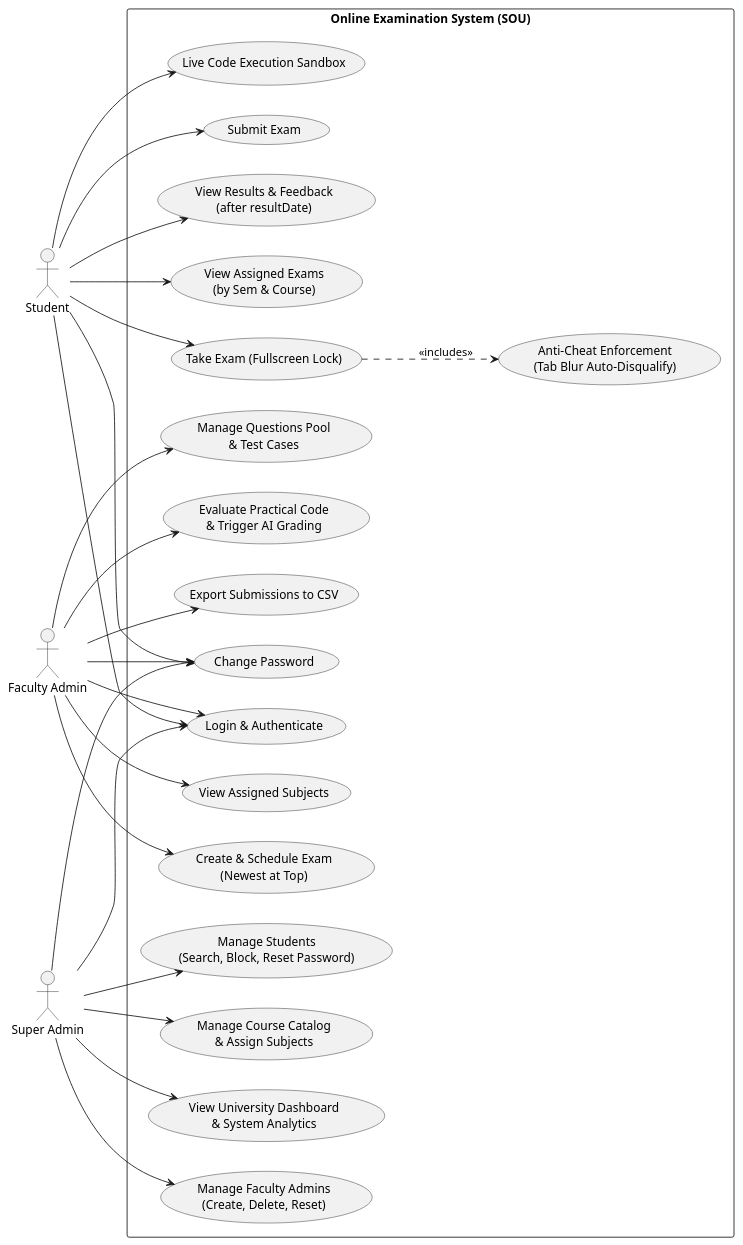
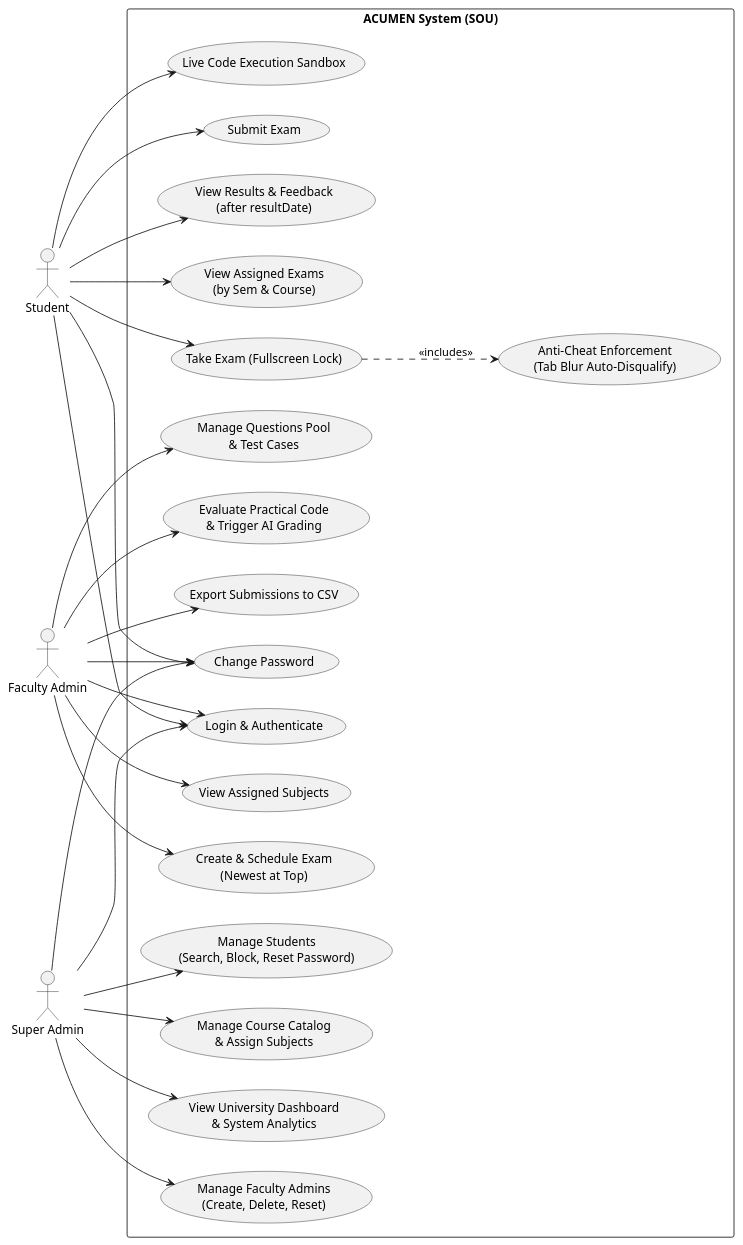
The fourth of 4 diagrams in docs/diagrams_drawio.md (hetpatel2004/Online_examination_SOU), drawn with PlantUML before and after one commit. The commit also changed other lines of this file and 4 other files, not shown here.

Commit message:
docs: finalize ACUMEN branding across all drawio diagrams, documentation manual, and notification test templates

````diff
--- a/docs/diagrams_drawio.md
+++ b/docs/diagrams_drawio.md
@@ -316,65 +318,65 @@
 ```plantuml
 @startuml
 left to right direction
 skinparam packageStyle rectangle
 
 actor "Student" as student
 actor "Faculty Admin" as admin
 actor "Super Admin" as superadmin
 
-rectangle "Online Examination System (SOU)" {
+rectangle "ACUMEN System (SOU)" {
   ' Common
   usecase "Login & Authenticate" as UC_Login
   usecase "Change Password" as UC_CP
 
   ' Student Use Cases
   usecase "View Assigned Exams\n(by Sem & Course)" as UC_S_ViewExams
   usecase "Take Exam (Fullscreen Lock)" as UC_S_TakeExam
   usecase "Live Code Execution Sandbox" as UC_S_RunCode
   usecase "Submit Exam" as UC_S_Submit
   usecase "Anti-Cheat Enforcement\n(Tab Blur Auto-Disqualify)" as UC_S_AntiCheat
   usecase "View Results & Feedback\n(after resultDate)" as UC_S_ViewResults
 
   ' Faculty Admin Use Cases
   usecase "View Assigned Subjects" as UC_A_Subjects
   usecase "Create & Schedule Exam\n(Newest at Top)" as UC_A_CreateExam
   usecase "Manage Questions Pool\n& Test Cases" as UC_A_Questions
   usecase "Evaluate Practical Code\n& Trigger AI Grading" as UC_A_Grade
   usecase "Export Submissions to CSV" as UC_A_Export
 
   ' Super Admin Use Cases
   usecase "Manage Faculty Admins\n(Create, Delete, Reset)" as UC_SA_Admins
   usecase "Manage Students\n(Search, Block, Reset Password)" as UC_SA_Students
   usecase "Manage Course Catalog\n& Assign Subjects" as UC_SA_Courses
   usecase "View University Dashboard\n& System Analytics" as UC_SA_Stats
 }
 
 ' Student connections
 student --> UC_Login
 student --> UC_CP
 student --> UC_S_ViewExams
 student --> UC_S_TakeExam
 student --> UC_S_RunCode
 student --> UC_S_Submit
 student --> UC_S_ViewResults
 UC_S_TakeExam ..> UC_S_AntiCheat : <<includes>>
 
 ' Admin connections
 admin --> UC_Login
 admin --> UC_CP
 admin --> UC_A_Subjects
 admin --> UC_A_CreateExam
 admin --> UC_A_Questions
 admin --> UC_A_Grade
 admin --> UC_A_Export
 
 ' Super Admin connections
 superadmin --> UC_Login
 superadmin --> UC_CP
 superadmin --> UC_SA_Admins
 superadmin --> UC_SA_Students
 superadmin --> UC_SA_Courses
 superadmin --> UC_SA_Stats
 
 @enduml
 ```
````
